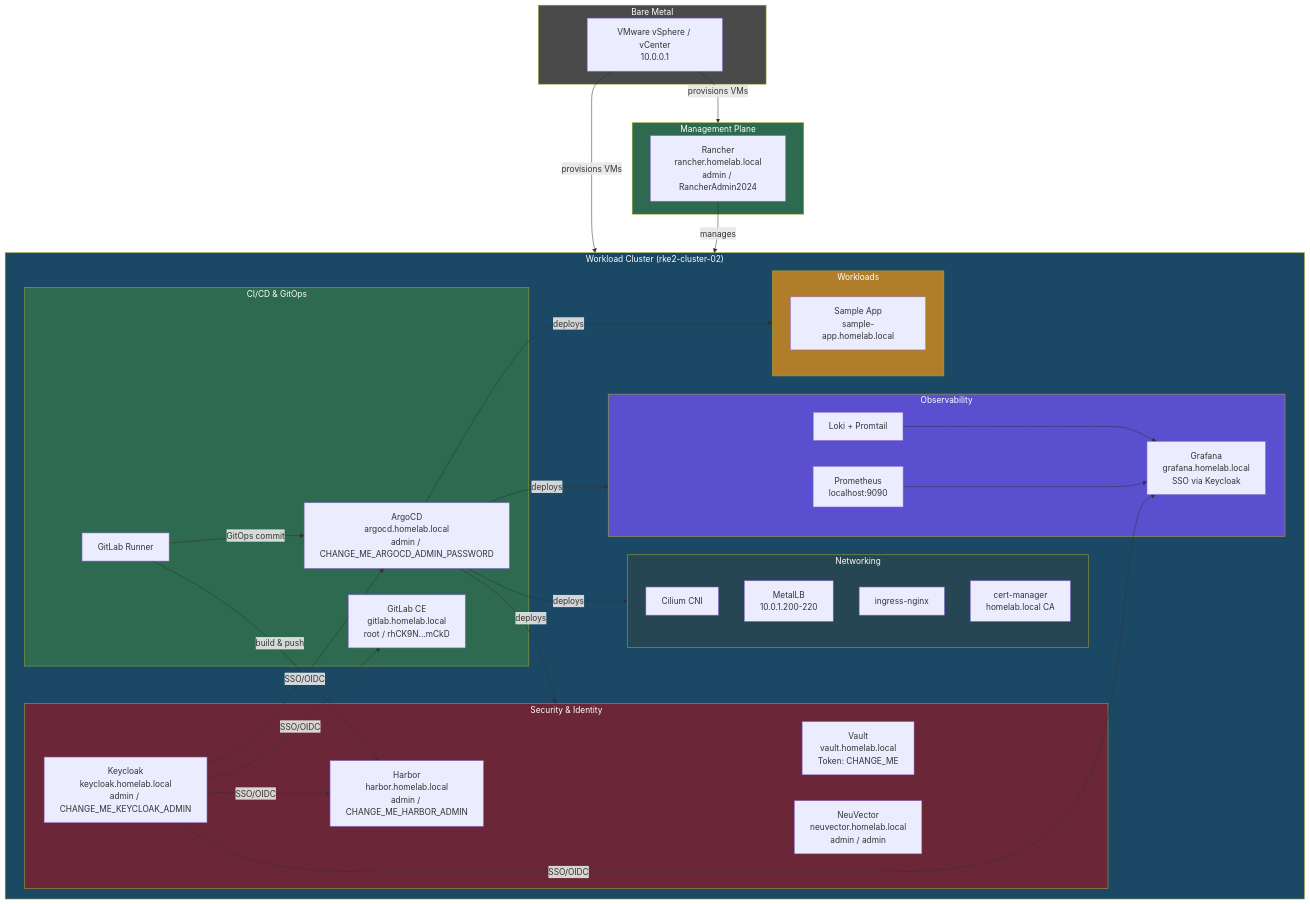
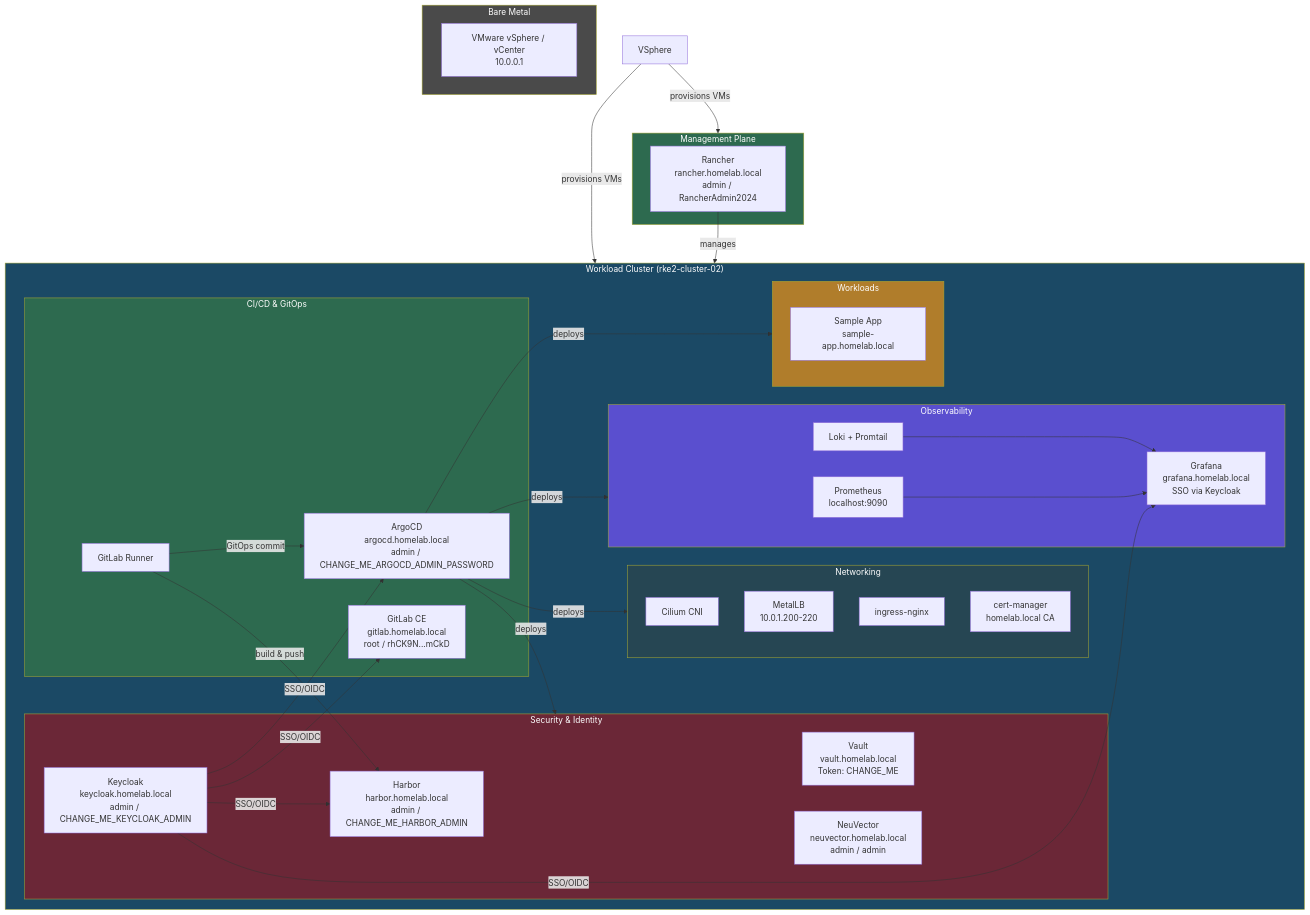
The fifth of 9 diagrams in README.md (kratos81/production-homelab), drawn with Mermaid before and after one commit. The commit also changed other lines of this file and 27 other files, not shown here.

Commit message:
Update all architecture diagrams and docs for VMware vSphere

````diff
--- a/README.md
+++ b/README.md
@@ -356,60 +356,60 @@
 ```mermaid
 flowchart TB
     subgraph HW["Bare Metal"]
-        Harvester["VMware vSphere / vCenter<br/>10.0.0.1"]
+        vSphere["VMware vSphere / vCenter<br/>10.0.0.1"]
     end
 
     subgraph Mgmt["Management Plane"]
         Rancher["Rancher<br/>rancher.homelab.local<br/>admin / RancherAdmin2024"]
     end
 
     subgraph Cluster["Workload Cluster (rke2-cluster-02)"]
         subgraph Net["Networking"]
             Cilium["Cilium CNI"]
             MetalLB["MetalLB<br/>10.0.1.200-220"]
             IngressNginx["ingress-nginx"]
             CertManager["cert-manager<br/>homelab.local CA"]
         end
 
         subgraph CICD["CI/CD & GitOps"]
             ArgoCD2["ArgoCD<br/>argocd.homelab.local<br/>admin / CHANGE_ME_ARGOCD_ADMIN_PASSWORD"]
             GitLab2["GitLab CE<br/>gitlab.homelab.local<br/>root / rhCK9N...mCkD"]
             Runner2["GitLab Runner"]
         end
 
         subgraph Sec["Security & Identity"]
             Vault2["Vault<br/>vault.homelab.local<br/>Token: CHANGE_ME"]
             Keycloak2["Keycloak<br/>keycloak.homelab.local<br/>admin / CHANGE_ME_KEYCLOAK_ADMIN"]
             Harbor2["Harbor<br/>harbor.homelab.local<br/>admin / CHANGE_ME_HARBOR_ADMIN"]
             NeuVector2["NeuVector<br/>neuvector.homelab.local<br/>admin / admin"]
         end
 
         subgraph Obs["Observability"]
             Prometheus2["Prometheus<br/>localhost:9090"]
             Grafana2["Grafana<br/>grafana.homelab.local<br/>SSO via Keycloak"]
             Loki2["Loki + Promtail"]
         end
 
         subgraph Work["Workloads"]
             App2["Sample App<br/>sample-app.homelab.local"]
         end
     end
 
-    Harvester -->|"provisions VMs"| Mgmt & Cluster
+    VSphere -->|"provisions VMs"| Mgmt & Cluster
     Rancher -->|"manages"| Cluster
     ArgoCD2 -->|"deploys"| Sec & Obs & Work & Net
     Runner2 -->|"build & push"| Harbor2
     Runner2 -->|"GitOps commit"| ArgoCD2
     Keycloak2 -->|"SSO/OIDC"| ArgoCD2 & Grafana2 & Harbor2 & GitLab2
     Prometheus2 --> Grafana2
     Loki2 --> Grafana2
 
     style HW fill:#4a4a4a,color:#fff
     style Mgmt fill:#2d6a4f,color:#fff
     style Cluster fill:#1b4965,color:#fff
     style Net fill:#264653,color:#fff
     style CICD fill:#2d6a4f,color:#fff
     style Sec fill:#6b2737,color:#fff
     style Obs fill:#5a4fcf,color:#fff
     style Work fill:#b07d2b,color:#fff
 ```
````
